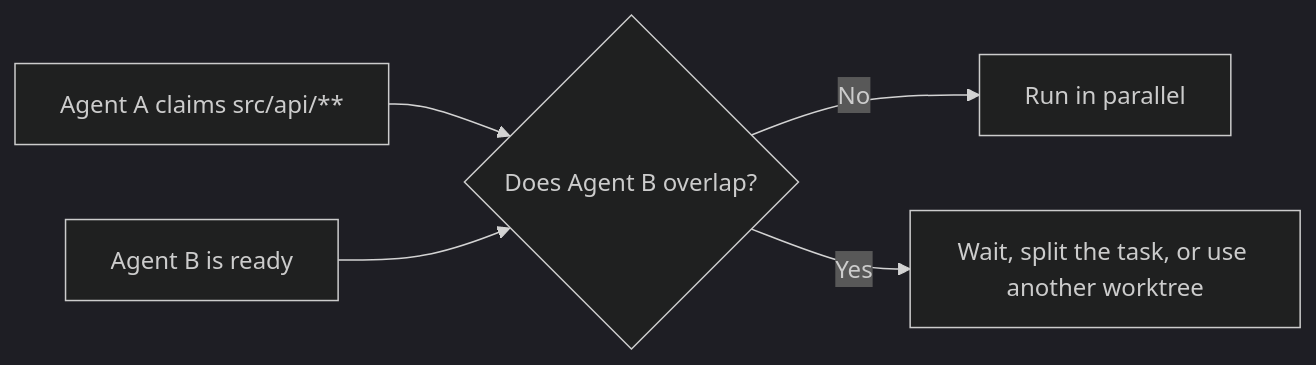
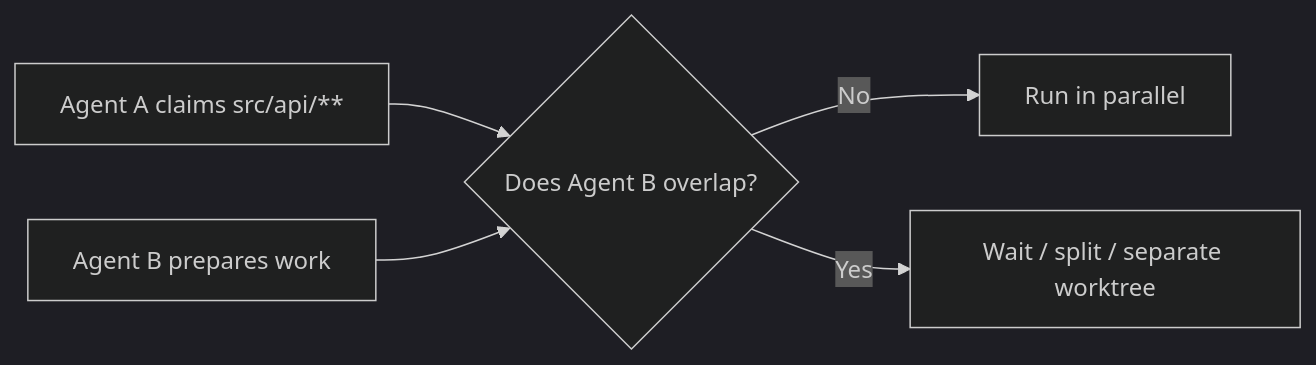
Before and after one commit to chopperH0824/agent-relay: the third of 3 diagrams in README.en.md, drawn with Mermaid (dark theme). The commit also changed other lines of this file and 24 other files, not shown here.

````diff
--- a/README.en.md
+++ b/README.en.md
@@ -428,7 +288,7 @@
 ```mermaid
 flowchart LR
     A[Agent A claims src/api/**] --> C{Does Agent B overlap?}
-    B[Agent B is ready] --> C
+    B[Agent B prepares work] --> C
     C -- No --> D[Run in parallel]
-    C -- Yes --> E[Wait, split the task, or use another worktree]
+    C -- Yes --> E[Wait / split / separate worktree]
 ```
````
